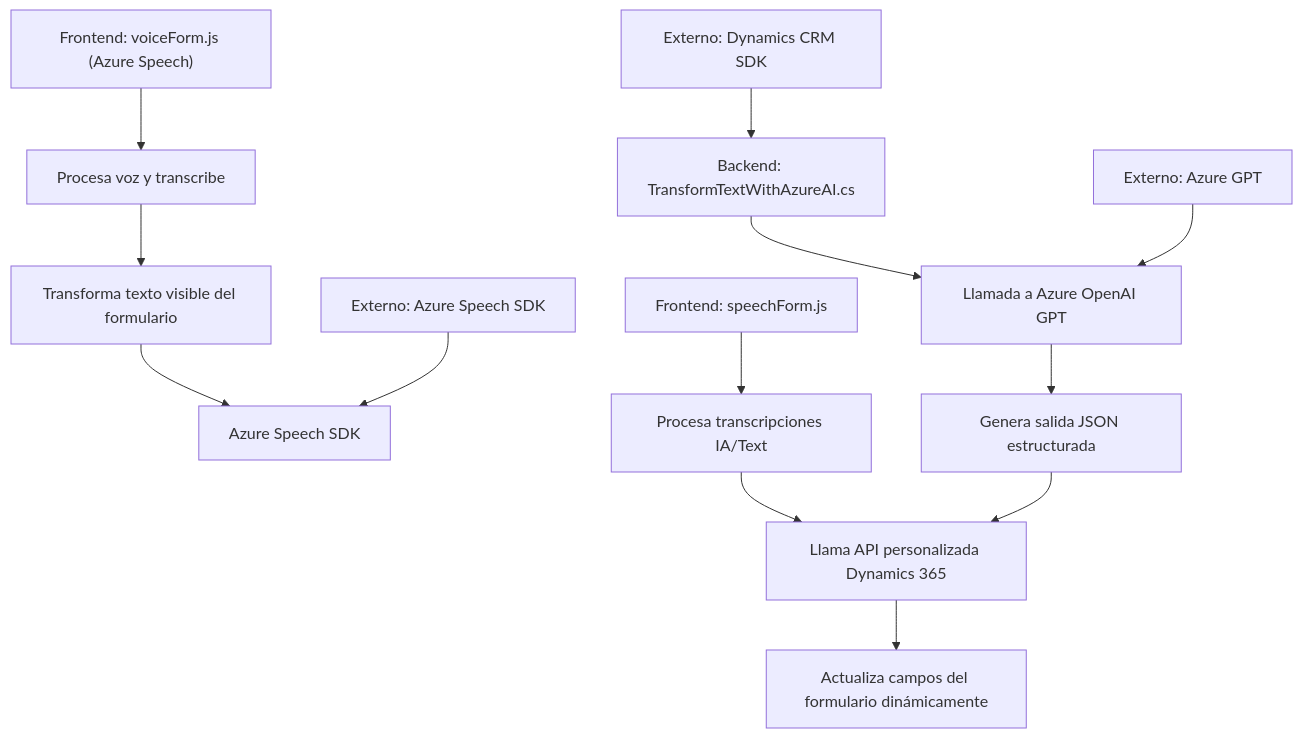
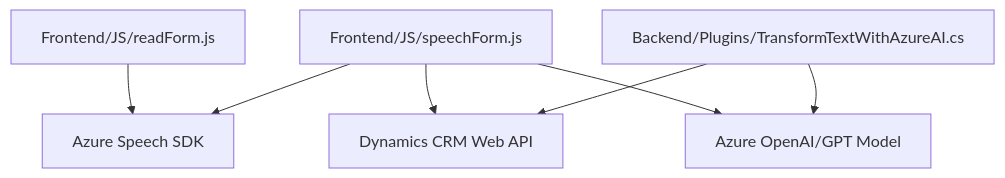
The diagram in README.md (blopezdm/NETCORE_BILBAO2025), drawn with Mermaid before and after one commit. The commit also changed other lines of this file, not shown here.

````diff
--- a/README.md
+++ b/README.md
@@ -56,18 +42,16 @@
 ```mermaid
 graph TD
-    A["Frontend: voiceForm.js (Azure Speech)"] --> B["Procesa voz y transcribe"]
-    B --> C["Transforma texto visible del formulario"]
-    C --> D["Azure Speech SDK"]
+    A["Frontend/JS/readForm.js"]
+    B["Frontend/JS/speechForm.js"]
+    C["Backend/Plugins/TransformTextWithAzureAI.cs"]
+    D["Azure Speech SDK"]
+    E["Azure OpenAI/GPT Model"]
+    F["Dynamics CRM Web API"]
     
-    E["Frontend: speechForm.js"] --> F["Procesa transcripciones IA/Text"]
-    F --> G["Llama API personalizada Dynamics 365"]
-    G --> H["Actualiza campos del formulario dinámicamente"]
-
-    I["Backend: TransformTextWithAzureAI.cs"] --> J["Llamada a Azure OpenAI GPT"]
-    J --> K["Genera salida JSON estructurada"]
-    K --> G
-
-    L["Externo: Azure Speech SDK"] --> D
-    M["Externo: Dynamics CRM SDK"] --> I
-    N["Externo: Azure GPT"] --> J
+    A --> D
+    B --> D
+    B --> F
+    B --> E
+    C --> F
+    C --> E
 ```
````
